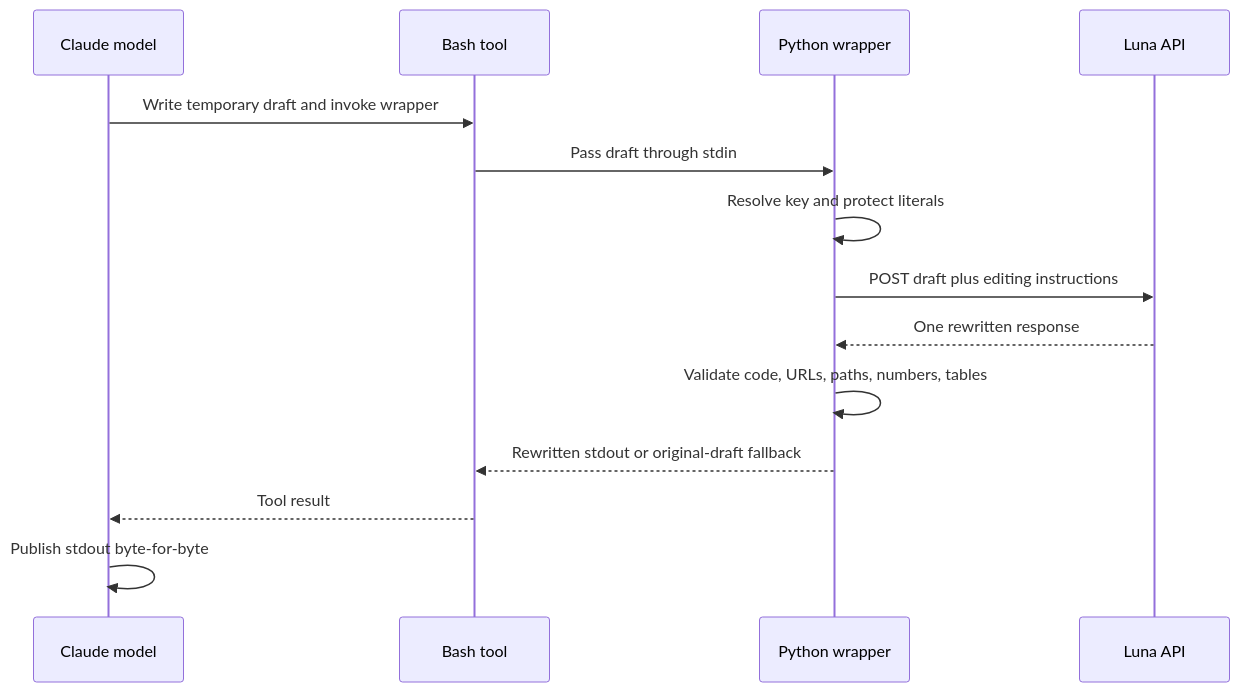
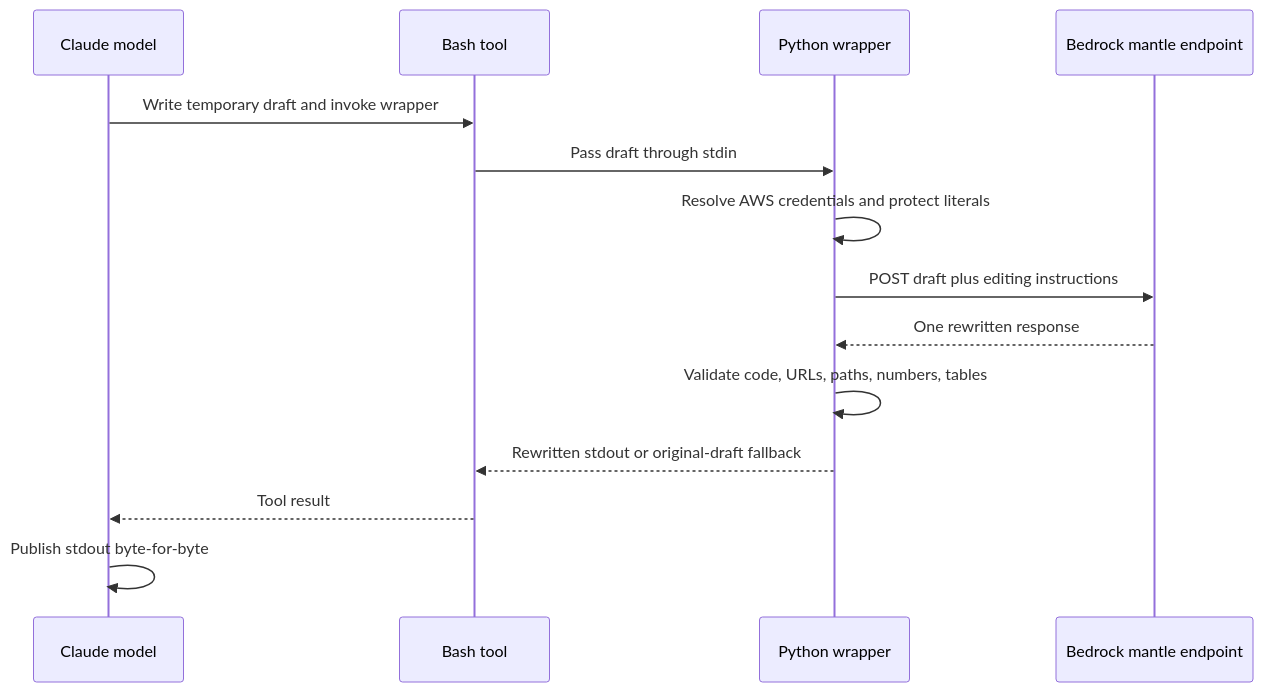
One commit to slashr/claude-response-tuning changed the second of 2 diagrams in README.md. Above: the diagram before and after it, drawn with Mermaid. The commit also changed other lines of this file and 6 other files, not shown here.

Commit message:
Route local response rewriting through Bedrock

````diff
--- a/README.md
+++ b/README.md
@@ -39,17 +41,17 @@
 ```mermaid
 sequenceDiagram
     participant Claude as Claude model
     participant Bash as Bash tool
     participant Wrapper as Python wrapper
-    participant Luna as Luna API
+    participant Bedrock as Bedrock mantle endpoint
 
     Claude->>Bash: Write temporary draft and invoke wrapper
     Bash->>Wrapper: Pass draft through stdin
-    Wrapper->>Wrapper: Resolve key and protect literals
-    Wrapper->>Luna: POST draft plus editing instructions
-    Luna-->>Wrapper: One rewritten response
+    Wrapper->>Wrapper: Resolve AWS credentials and protect literals
+    Wrapper->>Bedrock: POST draft plus editing instructions
+    Bedrock-->>Wrapper: One rewritten response
     Wrapper->>Wrapper: Validate code, URLs, paths, numbers, tables
     Wrapper-->>Bash: Rewritten stdout or original-draft fallback
     Bash-->>Claude: Tool result
     Claude->>Claude: Publish stdout byte-for-byte
 ```
````
